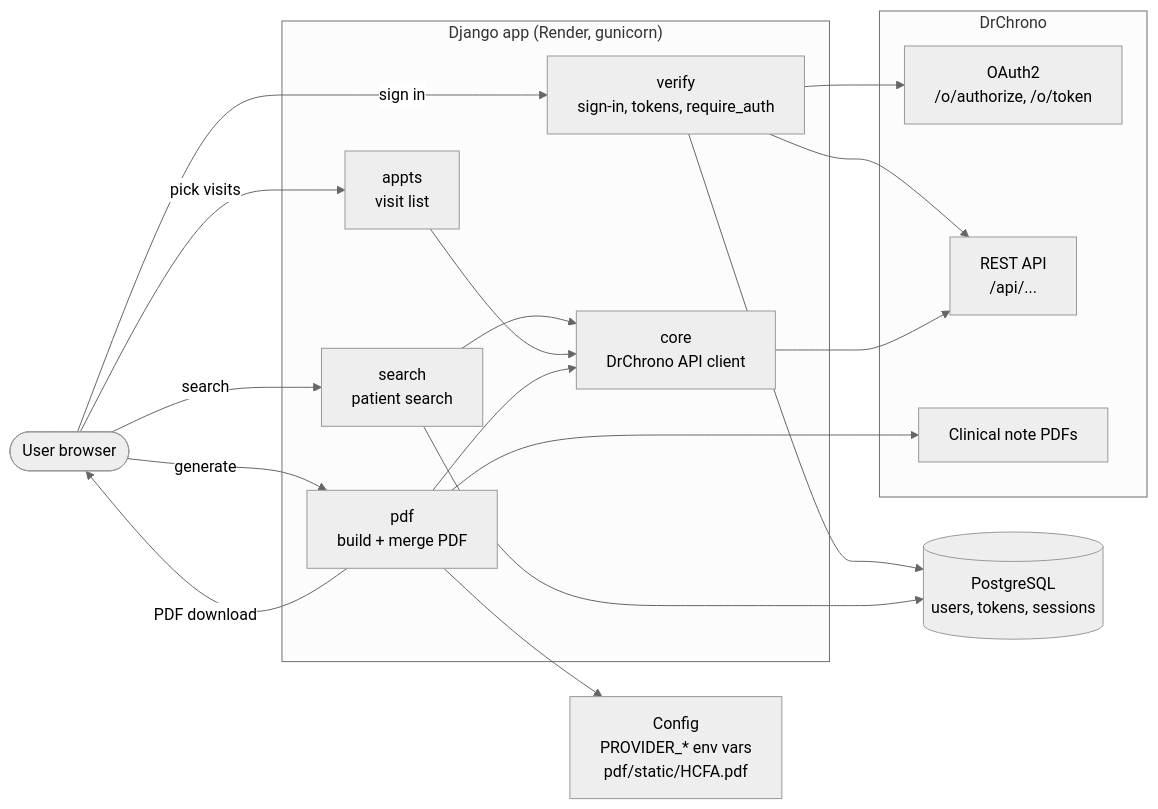
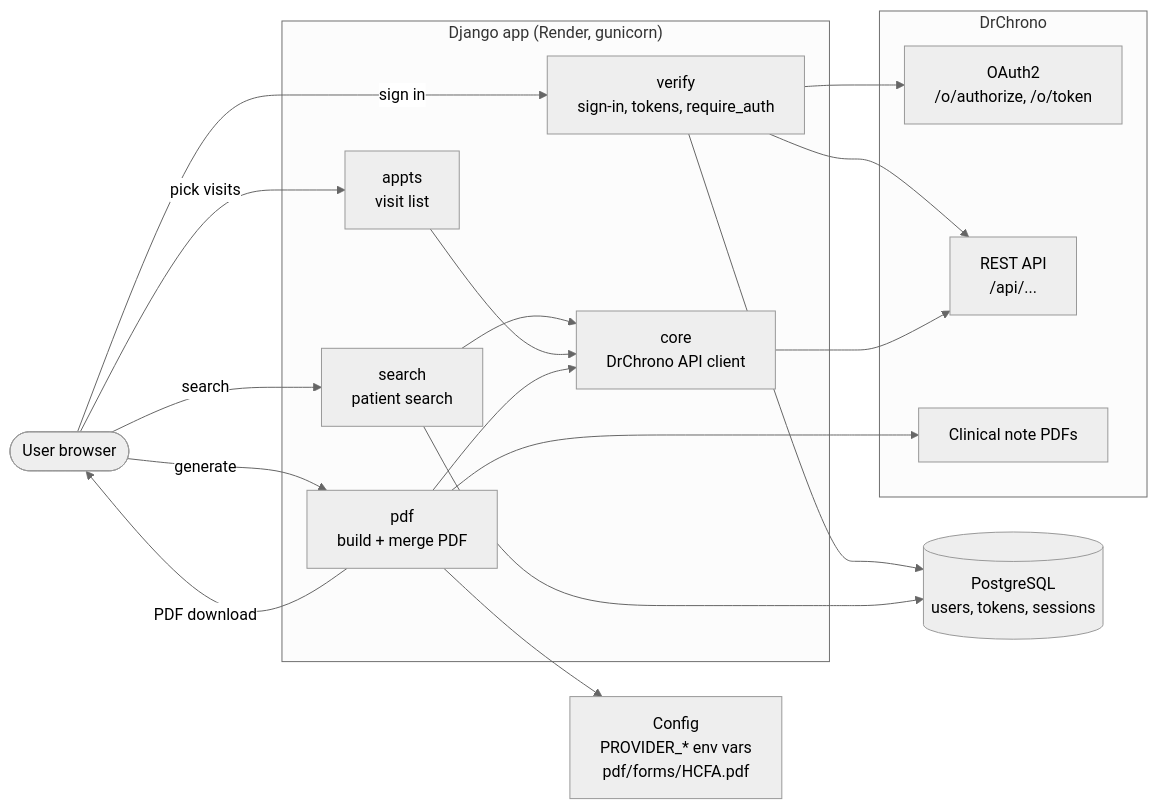
Before and after one commit to Pirateqeq/DrChrono_PDF_Compiler: the first of 2 diagrams in SYSTEM_MAP.md, drawn with Mermaid (neutral theme). The commit also changed other lines of this file and 5 other files, not shown here.

````diff
--- a/SYSTEM_MAP.md
+++ b/SYSTEM_MAP.md
@@ -19,38 +19,38 @@
 ```mermaid
 flowchart LR
     U([User browser])
 
     subgraph Django["Django app (Render, gunicorn)"]
         V[verify<br/>sign-in, tokens, require_auth]
         S[search<br/>patient search]
         A[appts<br/>visit list]
         P[pdf<br/>build + merge PDF]
         C[core<br/>DrChrono API client]
     end
 
     subgraph DC["DrChrono"]
         O[OAuth2<br/>/o/authorize, /o/token]
         API[REST API<br/>/api/...]
         N[Clinical note PDFs]
     end
 
     DB[(PostgreSQL<br/>users, tokens, sessions)]
-    CFG[Config<br/>PROVIDER_* env vars<br/>pdf/static/HCFA.pdf]
+    CFG[Config<br/>PROVIDER_* env vars<br/>pdf/forms/HCFA.pdf]
 
     U -- sign in --> V
     U -- search --> S
     U -- pick visits --> A
     U -- generate --> P
     P -- PDF download --> U
 
     V --> O
     V --> API
     V --> DB
     S --> C
     S --> DB
     A --> C
     P --> C
     C --> API
     P --> N
     P --> CFG
 ```
````
